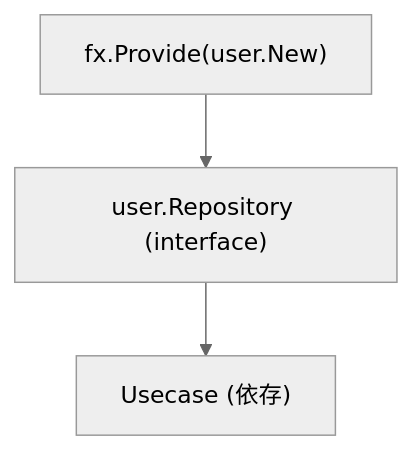
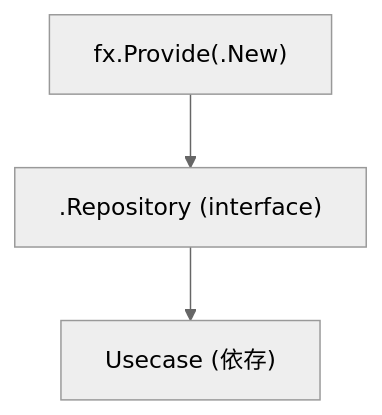
The sixth of 13 diagrams in internal/infrastructure/rdb/repository/README.ja.md (Tomy-ch/go-boilerplate), drawn with Mermaid (neutral theme) before and after one commit. The commit also changed other lines of this file and 114 other files, not shown here.

````diff
--- a/internal/infrastructure/rdb/repository/README.ja.md
+++ b/internal/infrastructure/rdb/repository/README.ja.md
@@ -403,9 +403,9 @@
 ```mermaid
 flowchart TB
-    Provide["fx.Provide(user.New)"]
-    Interface["user.Repository (interface)"]
+    Provide["fx.Provide(<aggregate>.New)"]
+    Interface["<aggregate>.Repository (interface)"]
     Usecase["Usecase (依存)"]
 
     Provide --> Interface
     Interface --> Usecase
 ```
````
